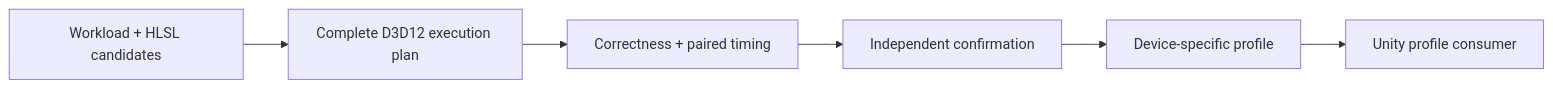
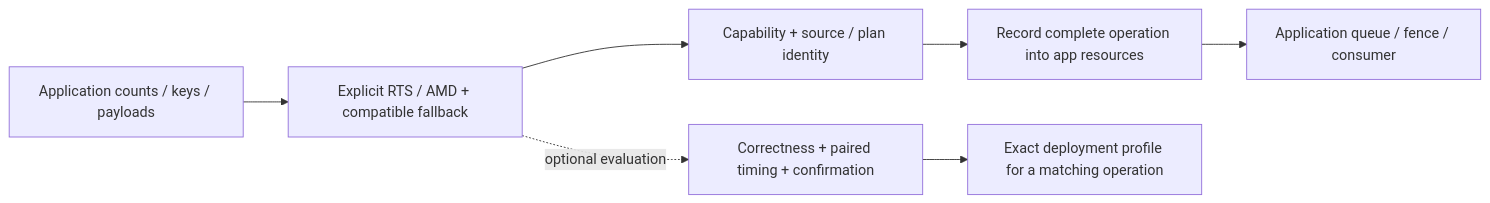
One commit to Yanagisawa2002/hlsl-kernel-pipeline changed the diagram in README.md. Above: the diagram before and after it, drawn with Mermaid. The commit also changed other lines of this file and 13 other files, not shown here.

````diff
--- a/README.md
+++ b/README.md
@@ -41,8 +56,9 @@
 ```mermaid
 flowchart LR
-    W["Workload + HLSL candidates"] --> P["Complete D3D12 execution plan"]
-    P --> V["Correctness + paired timing"]
-    V --> C["Independent confirmation"]
-    C --> O["Device-specific profile"]
-    O --> U["Unity profile consumer"]
+    W["Application counts / keys / payloads"] --> P["Explicit RTS / AMD + compatible fallback"]
+    P --> I["Capability + source / plan identity"]
+    I --> R["Record complete operation into app resources"]
+    R --> A["Application queue / fence / consumer"]
+    P -. optional evaluation .-> V["Correctness + paired timing + confirmation"]
+    V --> O["Exact deployment profile for a matching operation"]
 ```
````
